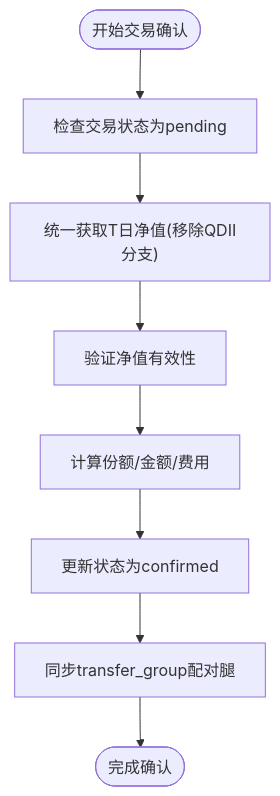
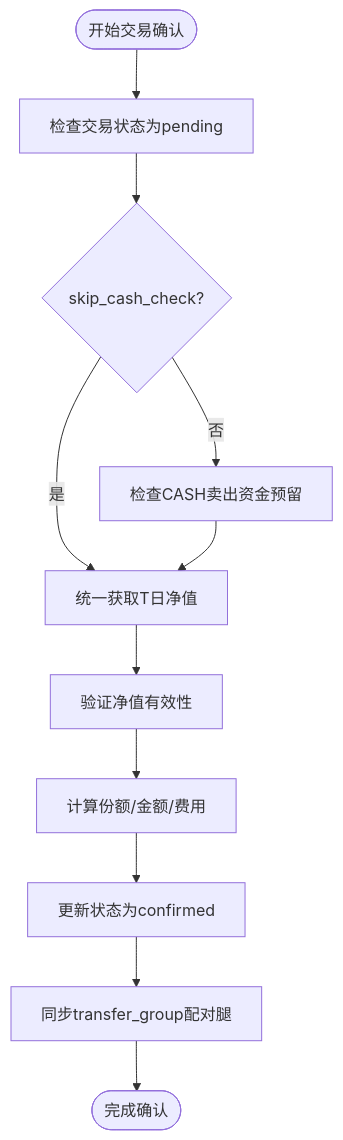
The third of 16 diagrams in .qoder/repowiki/zh/content/核心业务功能/交易处理.md (gujialind/InvestRing), drawn with Mermaid before and after one commit. The commit also changed other lines of this file and 15 other files, not shown here.

````diff
--- a/.qoder/repowiki/zh/content/核心业务功能/交易处理.md
+++ b/.qoder/repowiki/zh/content/核心业务功能/交易处理.md
@@ -215,10 +218,13 @@
 ```mermaid
 flowchart TD
 Start(["开始交易确认"]) --> CheckStatus["检查交易状态为pending"]
-CheckStatus --> GetNav["统一获取T日净值(移除QDII分支)"]
+CheckStatus --> CheckSkip{"skip_cash_check?"}
+CheckSkip --> |是| GetNav["统一获取T日净值"]
+CheckSkip --> |否| CashReserve["检查CASH卖出资金预留"]
+CashReserve --> GetNav
 GetNav --> ValidateNav["验证净值有效性"]
 ValidateNav --> CalcShares["计算份额/金额/费用"]
 CalcShares --> UpdateStatus["更新状态为confirmed"]
 UpdateStatus --> SyncPair["同步transfer_group配对腿"]
 SyncPair --> Complete(["完成确认"])
 ```
````
